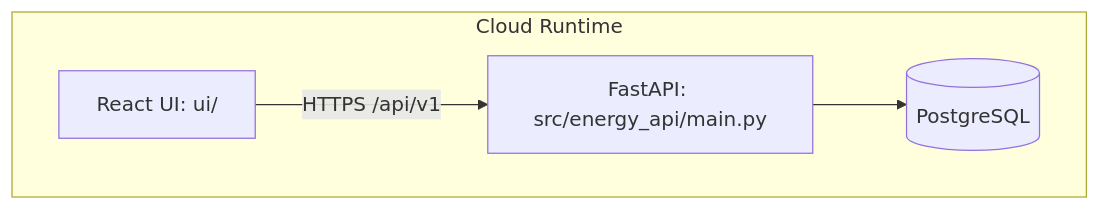
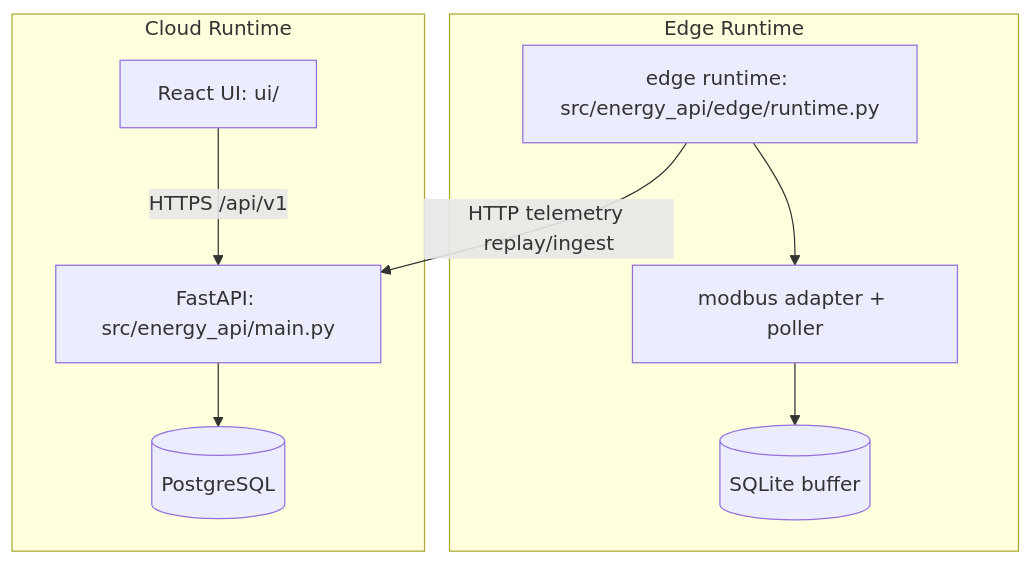
The diagram in docs/ARCHITECTURE.md (louisotieno2001/Smart-Grid), drawn with Mermaid before and after one commit. The commit also changed other lines of this file and 3 other files, not shown here.

Commit message:
Sync documentation with implemented edge runtime

````diff
--- a/docs/ARCHITECTURE.md
+++ b/docs/ARCHITECTURE.md
@@ -4,11 +4,20 @@
 ```mermaid
 flowchart TD
+  subgraph Edge[Edge Runtime]
+    ER[edge runtime: src/energy_api/edge/runtime.py]
+    MOD[modbus adapter + poller]
+    SQL[(SQLite buffer)]
+  end
+
   subgraph Cloud[Cloud Runtime]
     API[FastAPI: src/energy_api/main.py]
     PG[(PostgreSQL)]
     UI[React UI: ui/]
   end
 
+  ER --> MOD
+  MOD --> SQL
+  ER -->|HTTP telemetry replay/ingest| API
   UI -->|HTTPS /api/v1| API
   API --> PG
 ```
````
